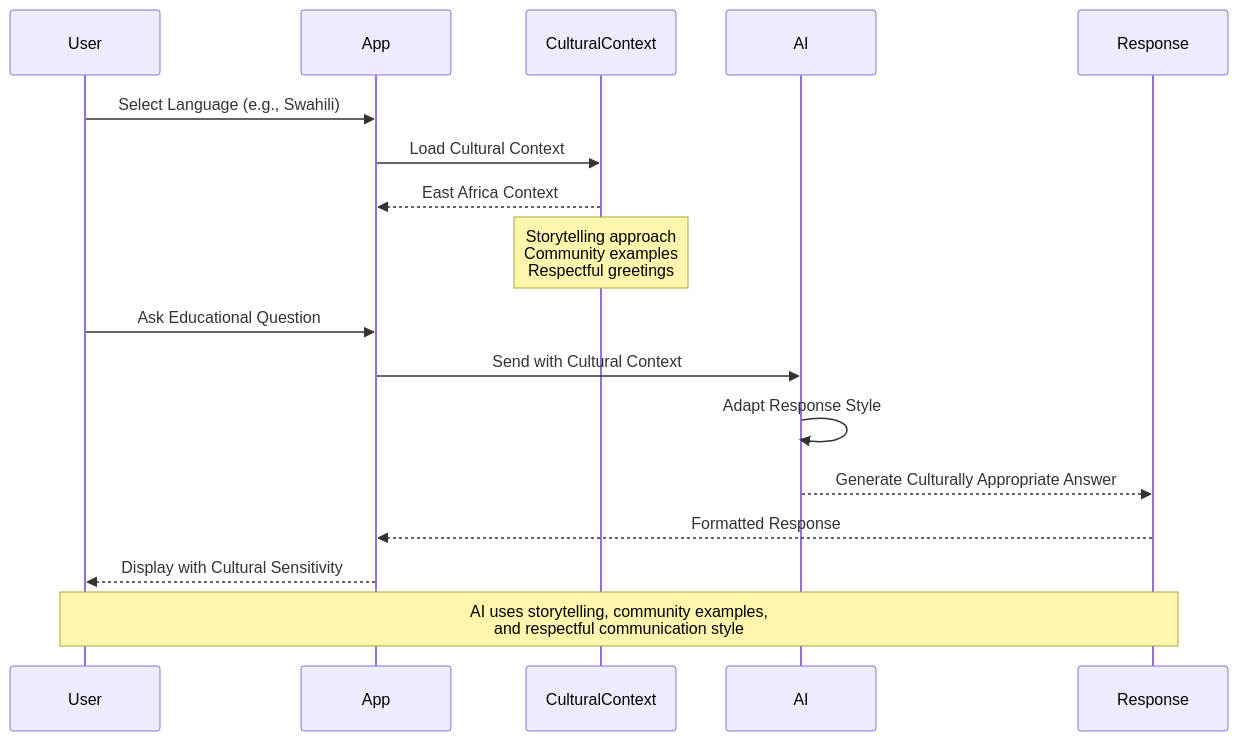
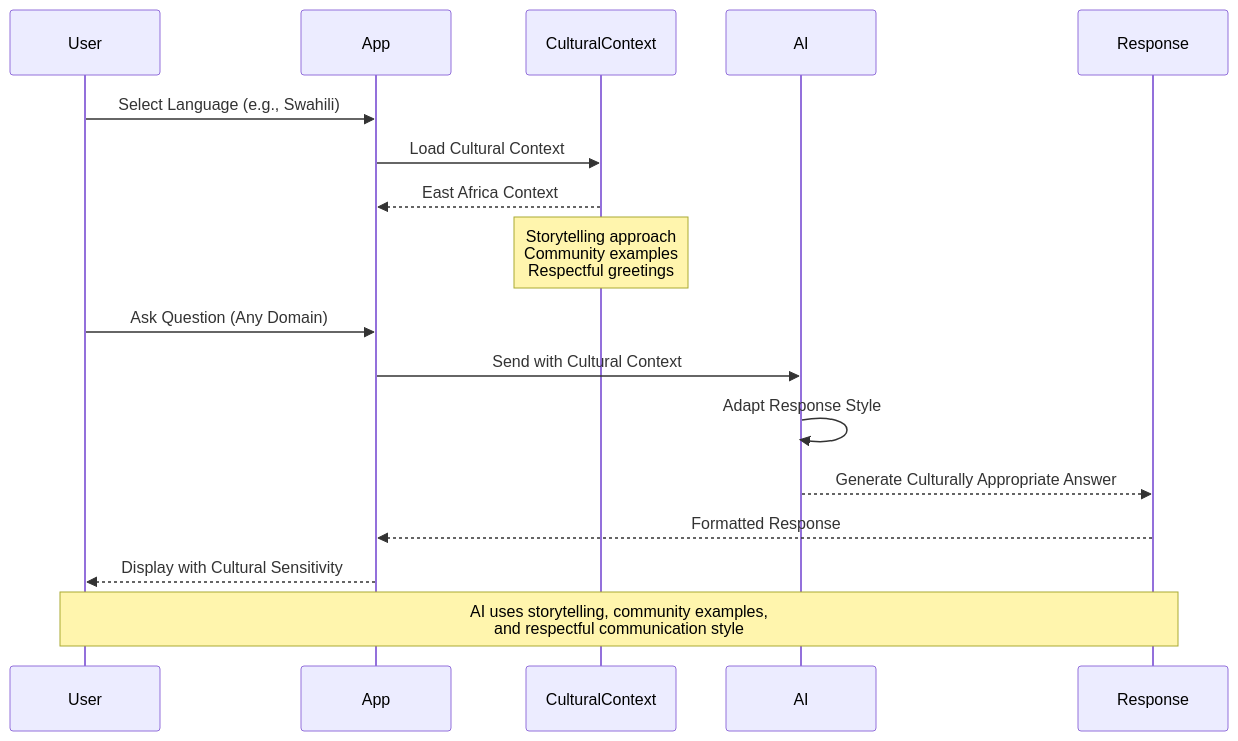
Before and after one commit to mhassan72/EDA-Front-End: the fourth of 5 diagrams in README.md, drawn with Mermaid. The commit also changed other lines of this file and 2 other files, not shown here.

````diff
--- a/README.md
+++ b/README.md
@@ -225,22 +230,22 @@
 ```mermaid
 sequenceDiagram
     participant User
     participant App
     participant CulturalContext
     participant AI
     participant Response
     
     User->>App: Select Language (e.g., Swahili)
     App->>CulturalContext: Load Cultural Context
     CulturalContext-->>App: East Africa Context
     Note over CulturalContext: Storytelling approach<br/>Community examples<br/>Respectful greetings
     
-    User->>App: Ask Educational Question
+    User->>App: Ask Question (Any Domain)
     App->>AI: Send with Cultural Context
     AI->>AI: Adapt Response Style
     AI-->>Response: Generate Culturally Appropriate Answer
     Response-->>App: Formatted Response
     App-->>User: Display with Cultural Sensitivity
     
     Note over User,Response: AI uses storytelling, community examples,<br/>and respectful communication style
 ```
````
